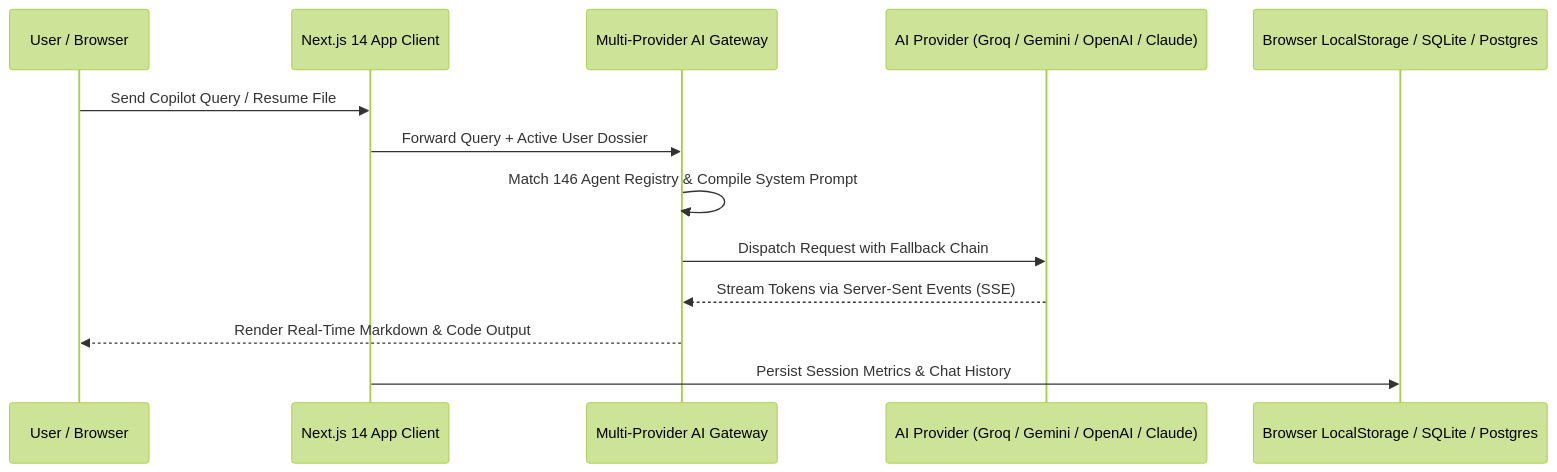
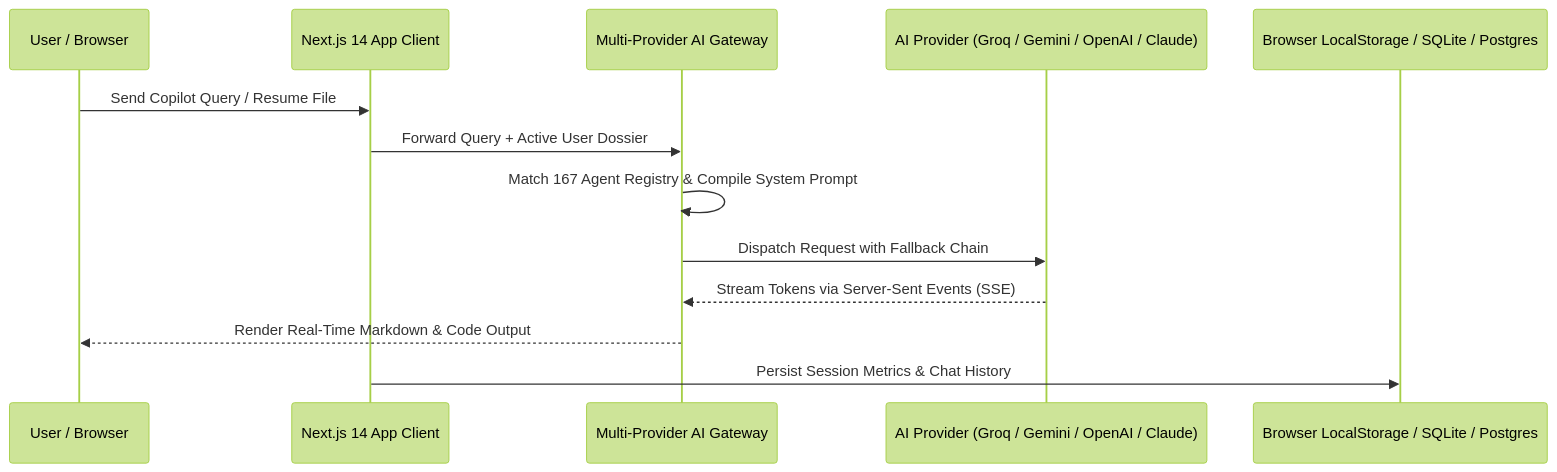
The first of 2 diagrams in README.md (karthikrshet/Career-Agents), drawn with Mermaid (forest theme) before and after one commit. The commit also changed other lines of this file and 5 other files, not shown here.

````diff
--- a/README.md
+++ b/README.md
@@ -801,16 +801,16 @@
 ```mermaid
 sequenceDiagram
     participant User as User / Browser
     participant Client as Next.js 14 App Client
     participant Router as Multi-Provider AI Gateway
     participant LLM as AI Provider (Groq / Gemini / OpenAI / Claude)
     participant DB as Browser LocalStorage / SQLite / Postgres
     
     User->>Client: Send Copilot Query / Resume File
     Client->>Router: Forward Query + Active User Dossier
-    Router->>Router: Match 146 Agent Registry & Compile System Prompt
+    Router->>Router: Match 167 Agent Registry & Compile System Prompt
     Router->>LLM: Dispatch Request with Fallback Chain
     LLM-->>Router: Stream Tokens via Server-Sent Events (SSE)
     Router-->>User: Render Real-Time Markdown & Code Output
     Client->>DB: Persist Session Metrics & Chat History
 ```
````
